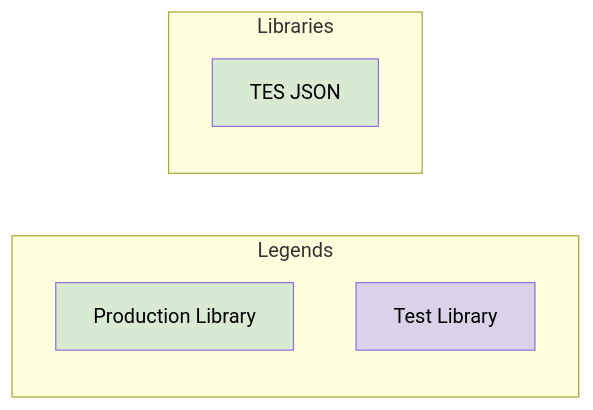
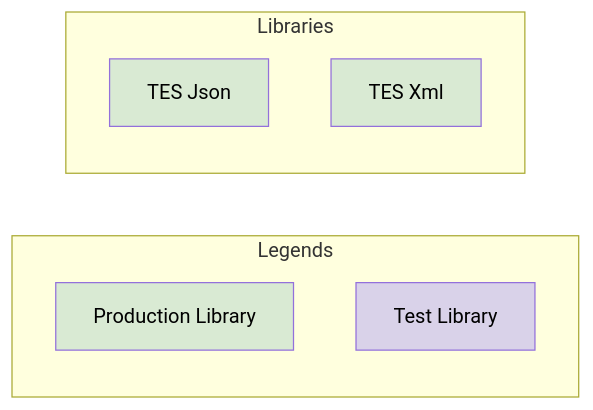
The diagram in doc/README.md (sunepoulsen/tes-foundation), drawn with Mermaid before and after one commit. The commit also changed other lines of this file and 19 other files, not shown here.

Commit message:
TES-120: Add `tes-xml` to this monolith.

````diff
--- a/doc/README.md
+++ b/doc/README.md
@@ -13,14 +14,15 @@
 ```mermaid
 flowchart LR
     subgraph "Legends"
         legProdLib["Production Library"]:::prodLibrary
         legTestLib["Test Library"]:::testLibrary
     end
 
     subgraph "Libraries"
-        tesJson["TES JSON"]:::prodLibrary
+        tesJson["TES Json"]:::prodLibrary
+        tesXml["TES Xml"]:::prodLibrary
     end
 
     classDef prodLibrary fill:#d9ead3,color:#000
     classDef testLibrary fill:#d9d2e9,color:#000
 ```
````
